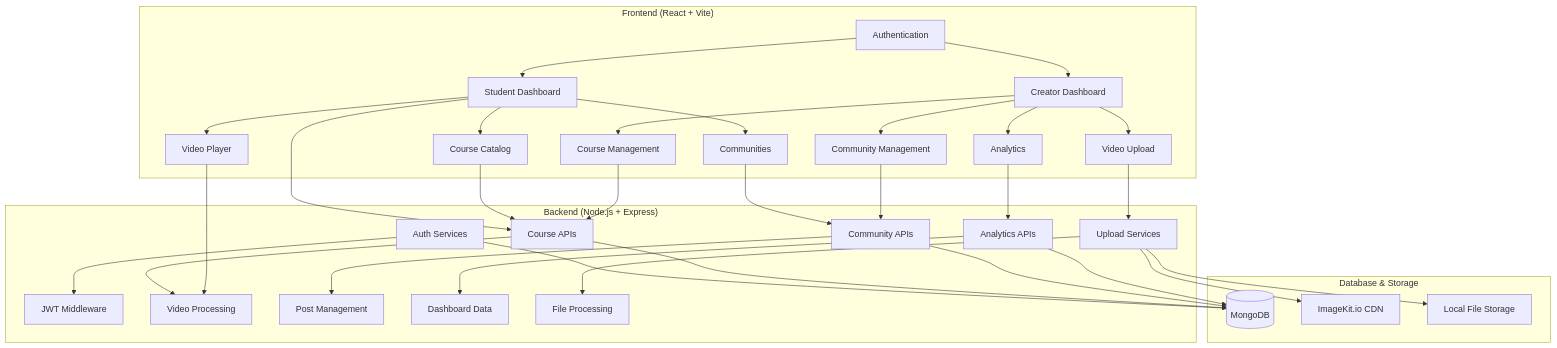
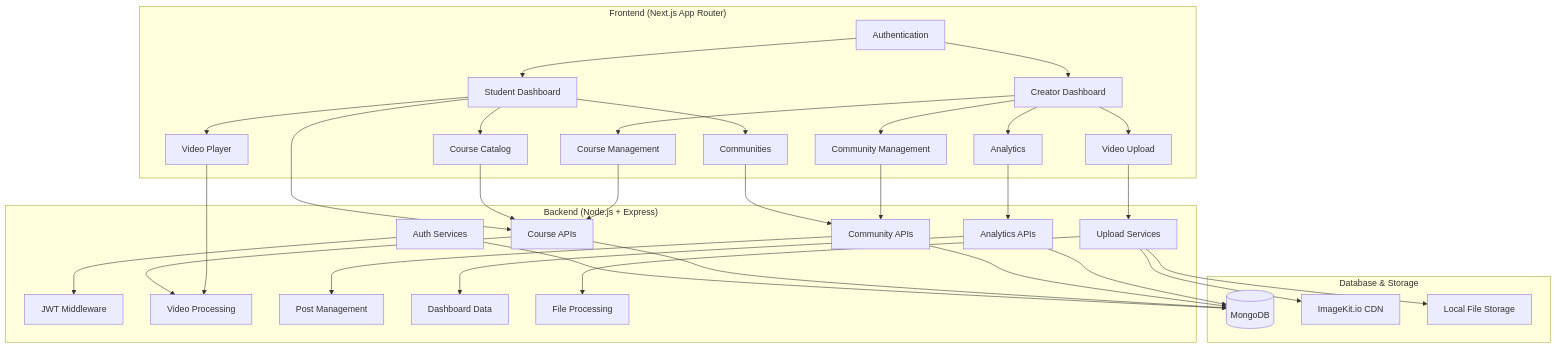
The diagram in README.md (PRAVESH-110/Gurukul-V2), drawn with Mermaid before and after one commit. The commit also changed other lines of this file and 86 other files, not shown here.

````diff
--- a/README.md
+++ b/README.md
@@ -42,44 +42,44 @@
 ```mermaid
 graph TB
-    subgraph "Frontend (React + Vite)"
+    subgraph "Frontend (Next.js App Router)"
         A[Authentication] --> B[Student Dashboard]
         A --> C[Creator Dashboard]
         B --> D[Course Catalog]
         B --> E[Video Player]
         B --> F[Communities]
         C --> G[Course Management]
         C --> H[Video Upload]
         C --> I[Community Management]
         C --> J[Analytics]
     end
     
     subgraph "Backend (Node.js + Express)"
         K[Auth Services] --> L[JWT Middleware]
         M[Course APIs] --> N[Video Processing]
         O[Community APIs] --> P[Post Management]
         Q[Analytics APIs] --> R[Dashboard Data]
         S[Upload Services] --> T[File Processing]
     end
     
     subgraph "Database & Storage"
         U[(MongoDB)]
         V[ImageKit.io CDN]
         W[Local File Storage]
     end
     
     B --> M
     D --> M
     E --> N
     F --> O
     G --> M
     H --> S
     I --> O
     J --> Q
     
     K --> U
     M --> U
     O --> U
     Q --> U
     S --> V
     S --> W
 ```
````
